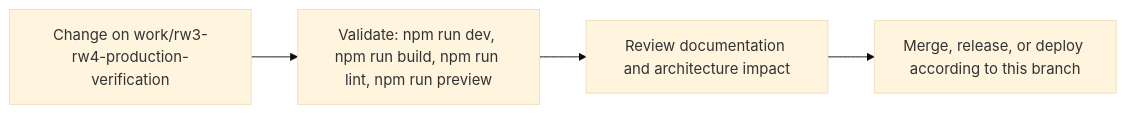
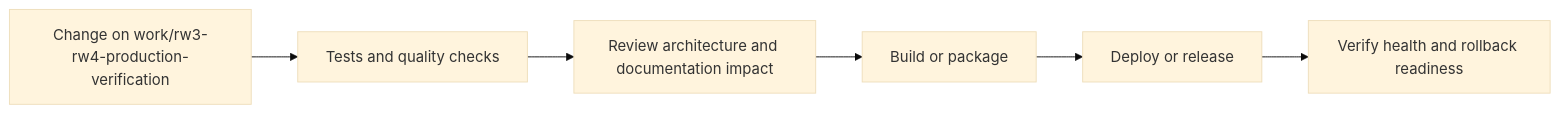
One commit to Nischhalsubba/Reeja-Maharjan-Website-2026 changed the fourth of 5 diagrams in README.md. Above: the diagram before and after it, drawn with Mermaid (base theme). The commit also changed other lines of this file, not shown here.

````diff
--- a/README.md
+++ b/README.md
@@ -80,8 +160,8 @@
 ```mermaid
 flowchart LR
-    CHANGE["Change on work/rw3-rw4-production-verification"]
-    CHECK["Validate: npm run dev, npm run build, npm run lint, npm run preview"]
-    REVIEW["Review documentation and architecture impact"]
-    RELEASE["Merge, release, or deploy according to this branch"]
-    CHANGE --> CHECK --> REVIEW --> RELEASE
+    CHANGE["Change on work/rw3-rw4-production-verification"] --> CHECK["Tests and quality checks"]
+    CHECK --> REVIEW["Review architecture and documentation impact"]
+    REVIEW --> BUILD["Build or package"]
+    BUILD --> DEPLOY["Deploy or release"]
+    DEPLOY --> VERIFY["Verify health and rollback readiness"]
 ```
````
